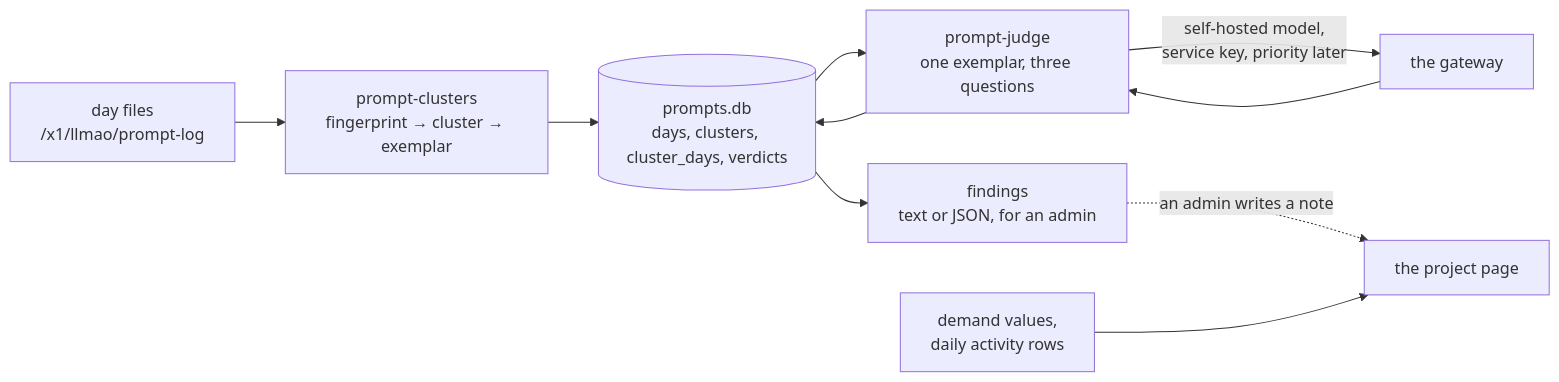
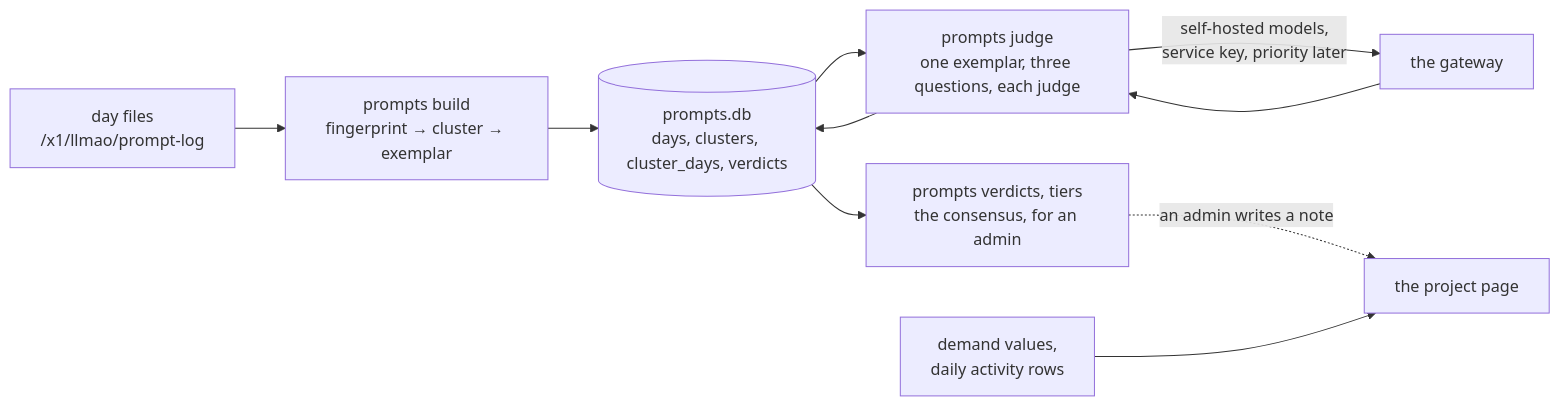
Before and after one commit to apache/tooling-llmao: the diagram in docs/analysis-design.md, drawn with Mermaid. The commit also changed other lines of this file and 7 other files, not shown here.

````diff
--- a/docs/analysis-design.md
+++ b/docs/analysis-design.md
@@ -67,12 +67,12 @@
 ```mermaid
 flowchart LR
-    LOG["day files<br/>/x1/llmao/prompt-log"] --> CL["prompt-clusters<br/>fingerprint → cluster → exemplar"]
+    LOG["day files<br/>/x1/llmao/prompt-log"] --> CL["prompts build<br/>fingerprint → cluster → exemplar"]
     CL --> DB[("prompts.db<br/>days, clusters, cluster_days, verdicts")]
-    DB --> J["prompt-judge<br/>one exemplar, three questions"]
-    J -- "self-hosted model,<br/>service key, priority later" --> GW["the gateway"]
+    DB --> J["prompts judge<br/>one exemplar, three questions, each judge"]
+    J -- "self-hosted models,<br/>service key, priority later" --> GW["the gateway"]
     GW --> J
     J --> DB
-    DB --> F["findings<br/>text or JSON, for an admin"]
+    DB --> F["prompts verdicts, tiers<br/>the consensus, for an admin"]
     F -. "an admin writes a note" .-> P["the project page"]
     DV["demand values,<br/>daily activity rows"] --> P
 ```
````
